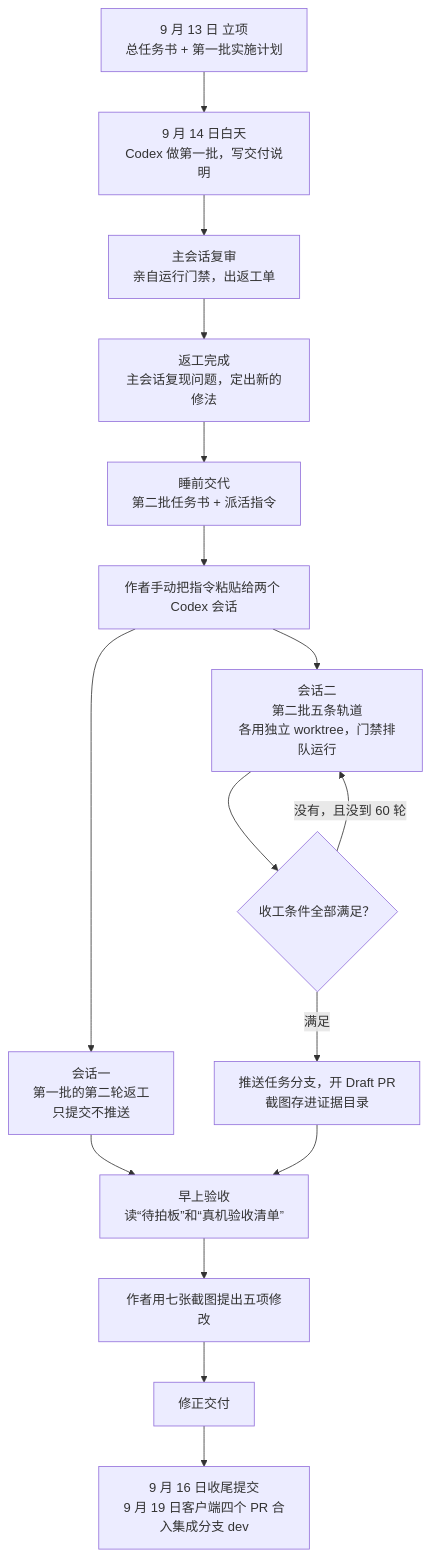
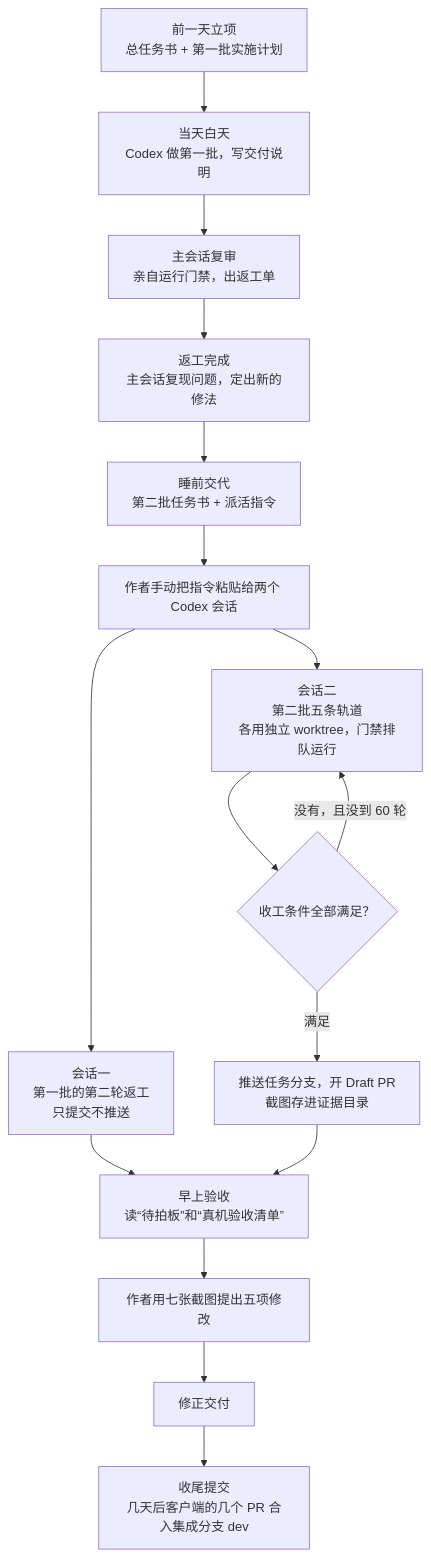
The diagram in 00-全景/一个真实的夜晚.md (PM-Shawn/abu-harness), drawn with Mermaid before and after one commit. The commit also changed other lines of this file and 26 other files, not shown here.

````diff
--- a/00-全景/一个真实的夜晚.md
+++ b/00-全景/一个真实的夜晚.md
@@ -9,18 +7,18 @@
 ```mermaid
 flowchart TD
-    A["9 月 13 日 立项<br/>总任务书 + 第一批实施计划"] --> B["9 月 14 日白天<br/>Codex 做第一批，写交付说明"]
+    A["前一天立项<br/>总任务书 + 第一批实施计划"] --> B["当天白天<br/>Codex 做第一批，写交付说明"]
     B --> C["主会话复审<br/>亲自运行门禁，出返工单"]
     C --> D["返工完成<br/>主会话复现问题，定出新的修法"]
     D --> E["睡前交代<br/>第二批任务书 + 派活指令"]
     E --> F["作者手动把指令粘贴给两个 Codex 会话"]
     F --> G1["会话一<br/>第一批的第二轮返工<br/>只提交不推送"]
     F --> G2["会话二<br/>第二批五条轨道<br/>各用独立 worktree，门禁排队运行"]
     G2 --> H{"收工条件全部满足？"}
     H -->|"没有，且没到 60 轮"| G2
     H -->|"满足"| I["推送任务分支，开 Draft PR<br/>截图存进证据目录"]
     G1 --> J["早上验收<br/>读“待拍板”和“真机验收清单”"]
     I --> J
     J --> K["作者用七张截图提出五项修改"]
     K --> L["修正交付"]
-    L --> M["9 月 16 日收尾提交<br/>9 月 19 日客户端四个 PR 合入集成分支 dev"]
+    L --> M["收尾提交<br/>几天后客户端的几个 PR 合入集成分支 dev"]
 ```
````
